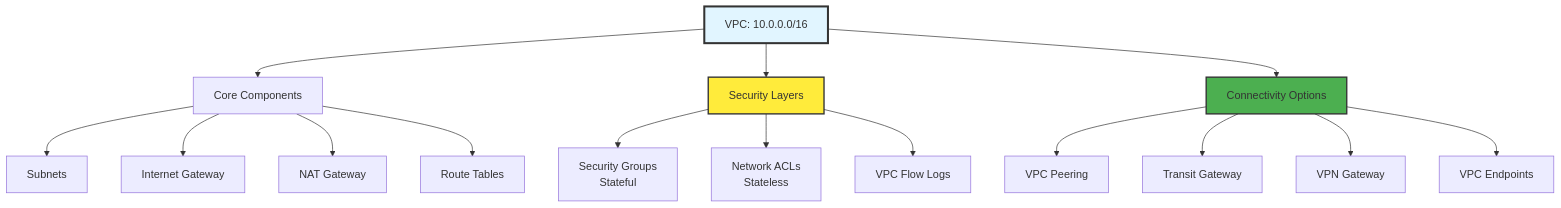
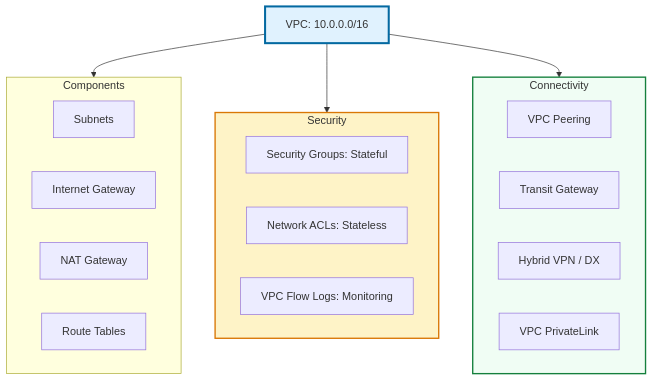
The second of 2 diagrams in 2-Intermediate/01-Phase-1/01-Networking/01-VPC-Fundamentals/README.md (Ganil151/Devops), drawn with Mermaid before and after one commit. The commit also changed other lines of this file and 15 other files, not shown here.

````diff
--- a/2-Intermediate/01-Phase-1/01-Networking/01-VPC-Fundamentals/README.md
+++ b/2-Intermediate/01-Phase-1/01-Networking/01-VPC-Fundamentals/README.md
@@ -40,24 +48,30 @@
 ```mermaid
 graph TD
     VPC[VPC: 10.0.0.0/16] --> Components[Core Components]
     VPC --> Security[Security Layers]
     VPC --> Connectivity[Connectivity Options]
 
-Components --> Subnets[Subnets]
-    Components --> IGW[Internet Gateway]
-    Components --> NAT[NAT Gateway]
-    Components --> RT[Route Tables]
+    subgraph Components
+        Subnets[Subnets]
+        IGW[Internet Gateway]
+        NAT[NAT Gateway]
+        RT[Route Tables]
+    end
 
-Security --> SG[Security Groups<br/>Stateful]
-    Security --> NACL[Network ACLs<br/>Stateless]
-    Security --> FlowLogs[VPC Flow Logs]
+    subgraph Security
+        SG[Security Groups: Stateful]
+        NACL[Network ACLs: Stateless]
+        FlowLogs[VPC Flow Logs: Monitoring]
+    end
 
-Connectivity --> Peering[VPC Peering]
-    Connectivity --> TGW[Transit Gateway]
-    Connectivity --> VPN[VPN Gateway]
-    Connectivity --> Endpoints[VPC Endpoints]
+    subgraph Connectivity
+        Peering[VPC Peering]
+        TGW[Transit Gateway]
+        VPN[Hybrid VPN / DX]
+        Endpoints[VPC PrivateLink]
+    end
 
-style VPC fill:#e1f5ff,stroke:#333,stroke-width:3px
-    style Security fill:#ffeb3b,stroke:#333,stroke-width:2px
-    style Connectivity fill:#4caf50,stroke:#333,stroke-width:2px
+    style VPC fill:#e0f2fe,stroke:#0369a1,stroke-width:3px
+    style Security fill:#fef3c7,stroke:#d97706,stroke-width:2px
+    style Connectivity fill:#f0fdf4,stroke:#15803d,stroke-width:2px
 ```
````
